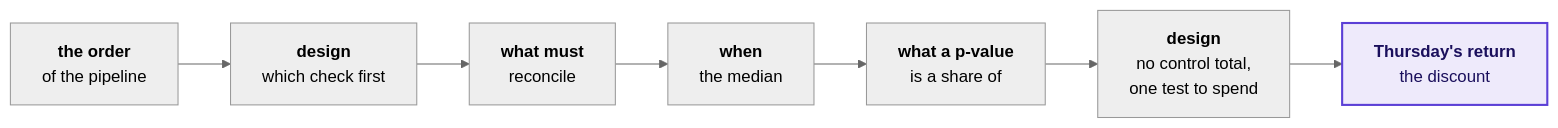
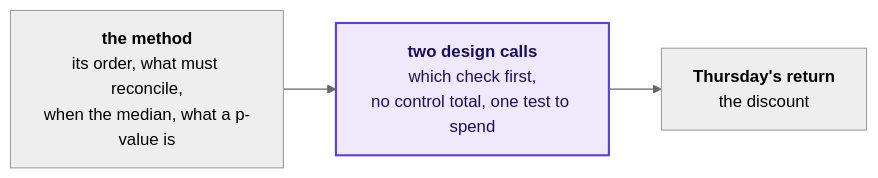
Before and after one commit to fde-academy-lab/c2-content-factory: the sixth of 6 diagrams in content/W01/D5/slides/C2_W01_D05_rehearsal_STUDENT.md, drawn with Mermaid (neutral theme). The commit also changed 11 other files, not shown here.

````diff
--- a/content/W01/D5/slides/C2_W01_D05_rehearsal_STUDENT.md
+++ b/content/W01/D5/slides/C2_W01_D05_rehearsal_STUDENT.md
@@ -277,11 +277,7 @@
 ```mermaid
 flowchart LR
-    O["<b>the order</b><br/>of the pipeline"] --> D["<b>design</b><br/>which check first"]
-    D --> R["<b>what must</b><br/>reconcile"]
-    R --> M["<b>when</b><br/>the median"]
-    M --> P["<b>what a p-value</b><br/>is a share of"]
-    P --> X["<b>design</b><br/>no control total,<br/>one test to spend"]
+    O["<b>the method</b><br/>its order, what must reconcile,<br/>when the median, what a p-value is"] --> X["<b>two design calls</b><br/>which check first,<br/>no control total, one test to spend"]
     X --> T["<b>Thursday's return</b><br/>the discount"]
     classDef known fill:#EEEAFB,stroke:#5B3FD6,color:#1A0F5C,stroke-width:2px
-    class T known
+    class X known
 ```
````
